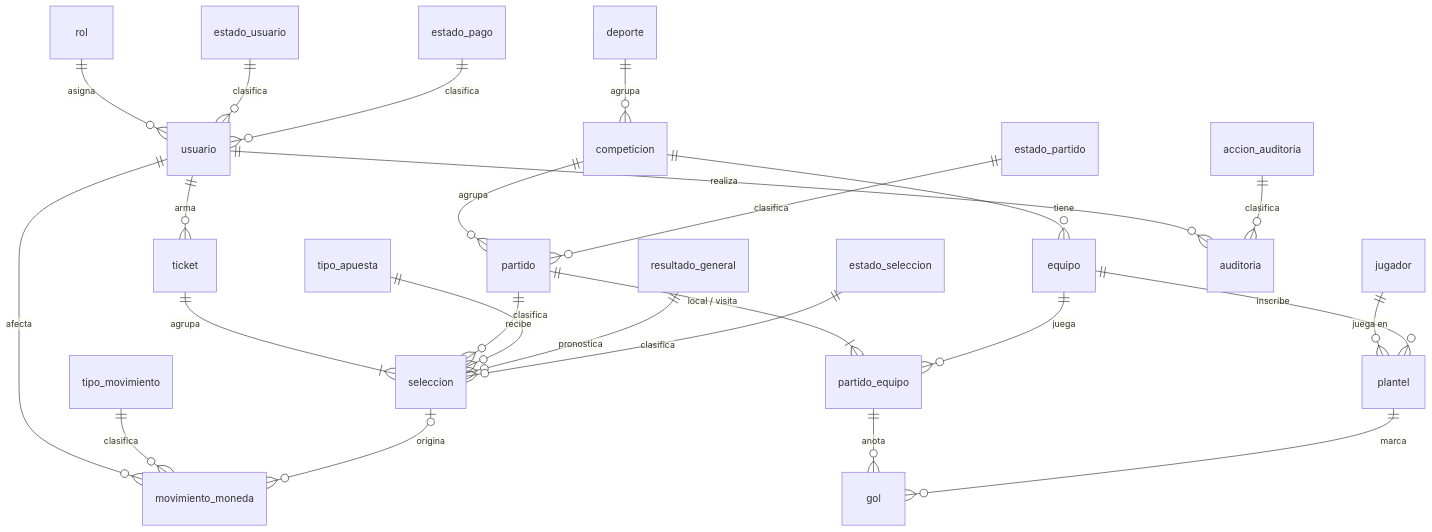
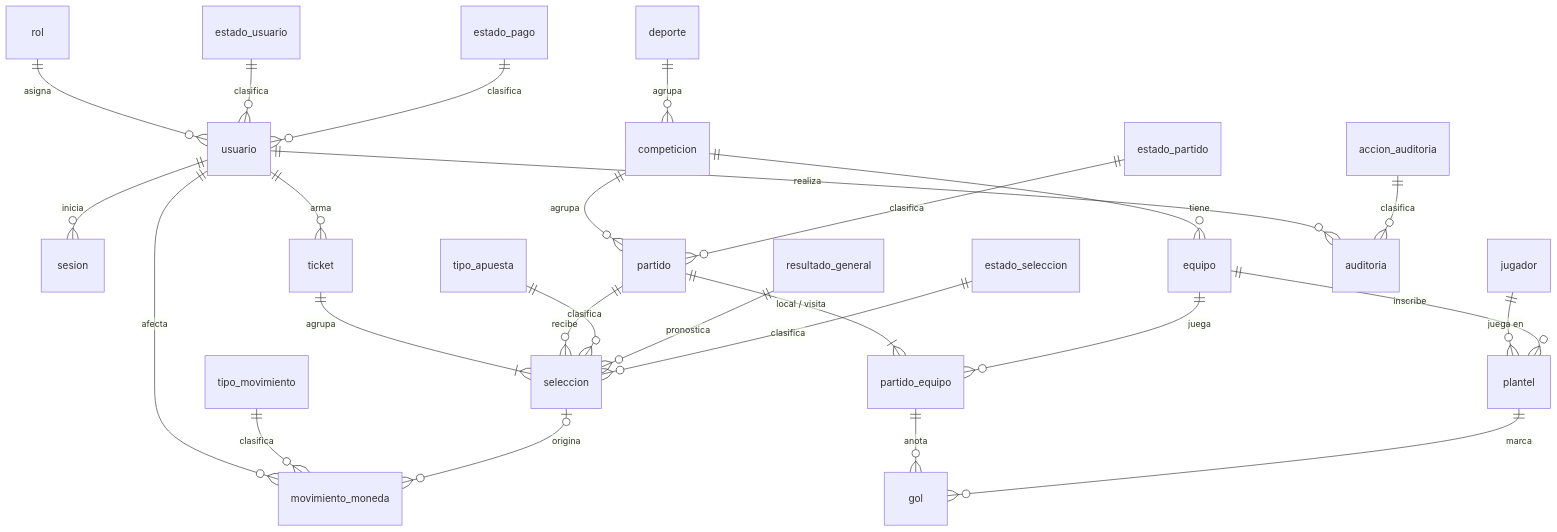
Before and after one commit to BrandonFarfan19/LaLigaACP: the diagram in EsquemaBD.md, drawn with Mermaid. The commit also changed other lines of this file and 70 other files, not shown here.

````diff
--- a/EsquemaBD.md
+++ b/EsquemaBD.md
@@ -348,31 +369,32 @@
 ```mermaid
 erDiagram
   rol ||--o{ usuario : asigna
   estado_usuario ||--o{ usuario : clasifica
   estado_pago ||--o{ usuario : clasifica
+  usuario ||--o{ sesion : inicia
 
   deporte ||--o{ competicion : agrupa
   competicion ||--o{ equipo : tiene
   competicion ||--o{ partido : agrupa
   estado_partido ||--o{ partido : clasifica
   jugador ||--o{ plantel : "juega en"
   equipo ||--o{ plantel : inscribe
   partido ||--|{ partido_equipo : "local / visita"
   equipo ||--o{ partido_equipo : juega
   partido_equipo ||--o{ gol : anota
   plantel ||--o{ gol : marca
 
   usuario ||--o{ ticket : arma
   ticket ||--|{ seleccion : agrupa
   partido ||--o{ seleccion : recibe
   tipo_apuesta ||--o{ seleccion : clasifica
   resultado_general ||--o{ seleccion : pronostica
   estado_seleccion ||--o{ seleccion : clasifica
 
   usuario ||--o{ movimiento_moneda : afecta
   tipo_movimiento ||--o{ movimiento_moneda : clasifica
   seleccion |o--o{ movimiento_moneda : origina
 
   usuario ||--o{ auditoria : realiza
   accion_auditoria ||--o{ auditoria : clasifica
 ```
````
